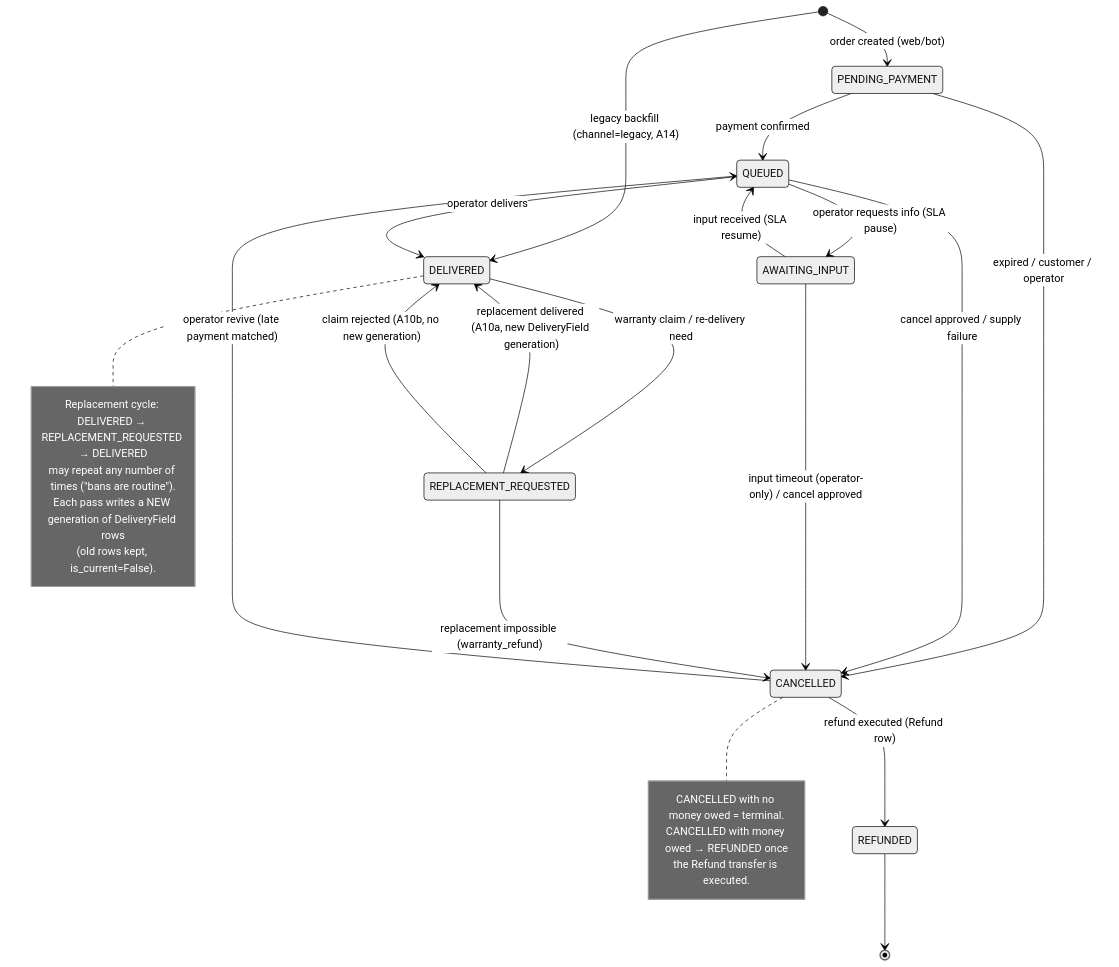
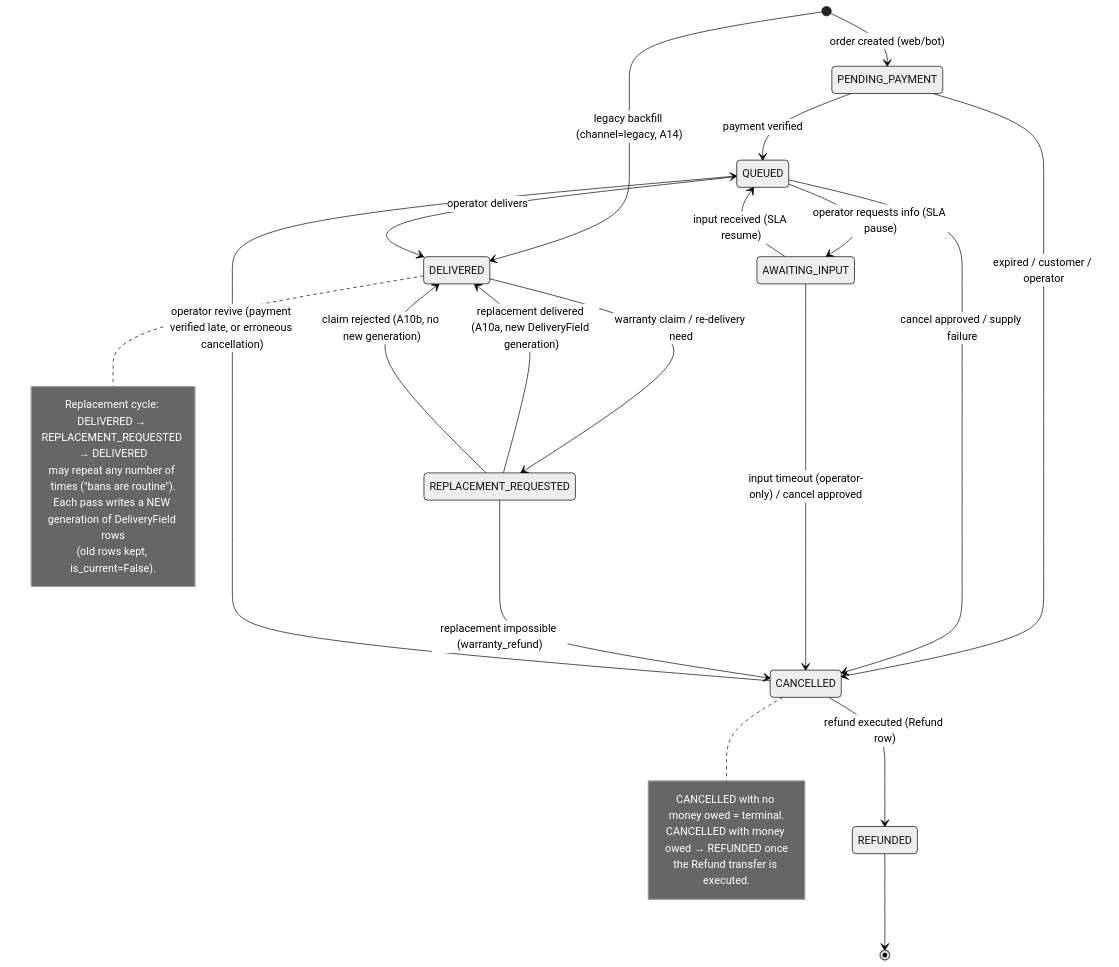
The first of 2 diagrams in docs/state-machine.md (Sina-Amare/premshop), drawn with Mermaid (neutral theme) before and after one commit. The commit also changed other lines of this file and 18 other files, not shown here.

````diff
--- a/docs/state-machine.md
+++ b/docs/state-machine.md
@@ -19,35 +19,35 @@
 ```mermaid
 stateDiagram-v2
     [*] --> PENDING_PAYMENT: order created (web/bot)
     [*] --> DELIVERED: legacy backfill (channel=legacy, A14)
 
-    PENDING_PAYMENT --> QUEUED: payment confirmed
+    PENDING_PAYMENT --> QUEUED: payment verified
     PENDING_PAYMENT --> CANCELLED: expired / customer / operator
 
     QUEUED --> AWAITING_INPUT: operator requests info (SLA pause)
     AWAITING_INPUT --> QUEUED: input received (SLA resume)
     QUEUED --> DELIVERED: operator delivers
     QUEUED --> CANCELLED: cancel approved / supply failure
     AWAITING_INPUT --> CANCELLED: input timeout (operator-only) / cancel approved
 
     DELIVERED --> REPLACEMENT_REQUESTED: warranty claim / re-delivery need
     REPLACEMENT_REQUESTED --> DELIVERED: replacement delivered (A10a, new DeliveryField generation)
     REPLACEMENT_REQUESTED --> DELIVERED: claim rejected (A10b, no new generation)
     REPLACEMENT_REQUESTED --> CANCELLED: replacement impossible (warranty_refund)
 
     CANCELLED --> REFUNDED: refund executed (Refund row)
-    CANCELLED --> QUEUED: operator revive (late payment matched)
+    CANCELLED --> QUEUED: operator revive (payment verified late, or erroneous cancellation)
 
     REFUNDED --> [*]
     note right of DELIVERED
         Replacement cycle: DELIVERED → REPLACEMENT_REQUESTED → DELIVERED
         may repeat any number of times ("bans are routine").
         Each pass writes a NEW generation of DeliveryField rows
         (old rows kept, is_current=False).
     end note
     note right of CANCELLED
         CANCELLED with no money owed = terminal.
         CANCELLED with money owed → REFUNDED once
         the Refund transfer is executed.
     end note
 ```
````
